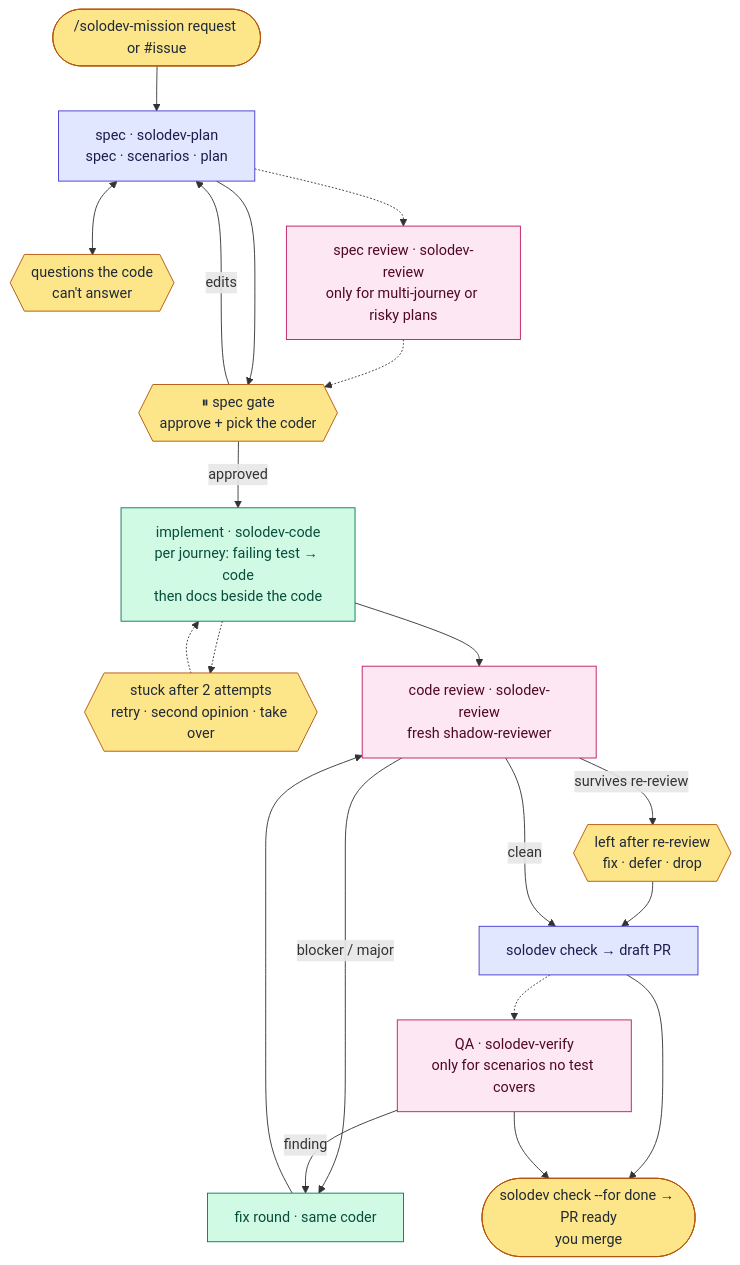
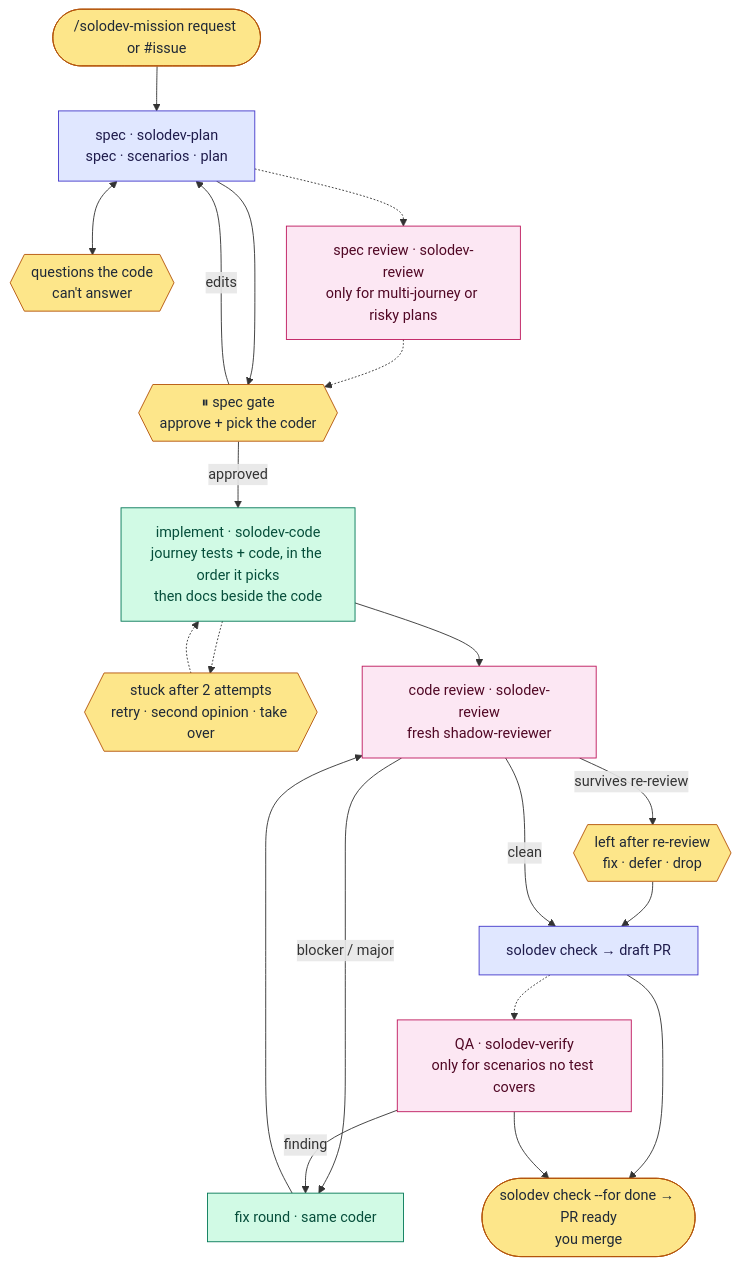
One commit to luisintosh/solodev changed the diagram in README.md. Above: the diagram before and after it, drawn with Mermaid. The commit also changed other lines of this file and 7 other files, not shown here.

First line of the commit message:
refactor: let the coder pick its order instead of test-first steps per journey

````diff
--- a/README.md
+++ b/README.md
@@ -132,37 +132,37 @@
 ```mermaid
 flowchart TD
   req(["/solodev-mission request or #issue"]):::human
   spec["spec · solodev-plan<br/>spec · scenarios · plan"]:::think
   ask{{"questions the code<br/>can't answer"}}:::human
   sreview["spec review · solodev-review<br/>only for multi-journey or risky plans"]:::review
   gate{{"⏸ spec gate<br/>approve + pick the coder"}}:::human
-  impl["implement · solodev-code<br/>per journey: failing test → code<br/>then docs beside the code"]:::writer
+  impl["implement · solodev-code<br/>journey tests + code, in the order it picks<br/>then docs beside the code"]:::writer
   stuck{{"stuck after 2 attempts<br/>retry · second opinion · take over"}}:::human
   review["code review · solodev-review<br/>fresh shadow-reviewer"]:::review
   fix["fix round · same coder"]:::writer
   dispute{{"left after re-review<br/>fix · defer · drop"}}:::human
   pr["solodev check → draft PR"]:::think
   qa["QA · solodev-verify<br/>only for scenarios no test covers"]:::review
   done(["solodev check --for done → PR ready<br/>you merge"]):::human
 
   req --> spec
   spec <--> ask
   spec -.-> sreview -.-> gate
   spec --> gate
   gate -->|edits| spec
   gate -->|approved| impl
   impl -.-> stuck -.-> impl
   impl --> review
   review -->|blocker / major| fix --> review
   review -->|survives re-review| dispute --> pr
   review -->|clean| pr
   pr -.-> qa
   pr --> done
   qa -->|finding| fix
   qa --> done
 
   classDef human fill:#fde68a,stroke:#b45309,color:#1f2937
   classDef think fill:#e0e7ff,stroke:#4338ca,color:#1e1b4b
   classDef writer fill:#d1fae5,stroke:#047857,color:#064e3b
   classDef review fill:#fce7f3,stroke:#be185d,color:#500724
 ```
````
